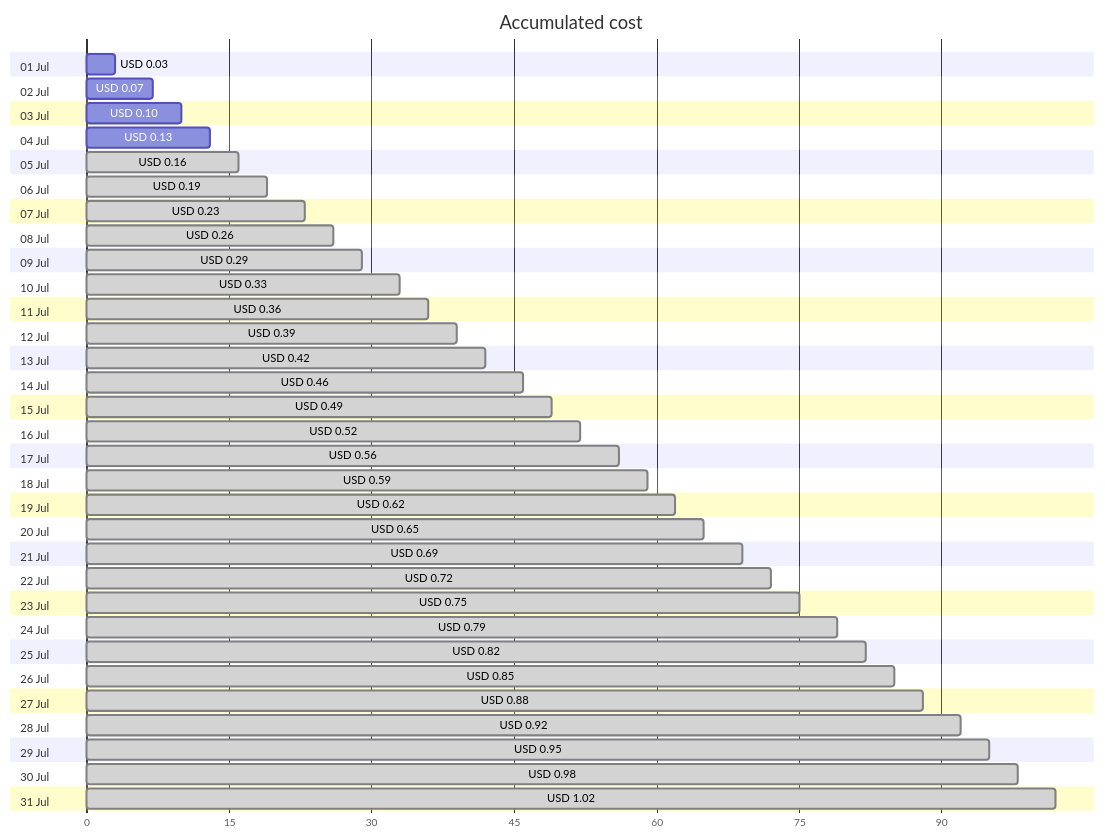
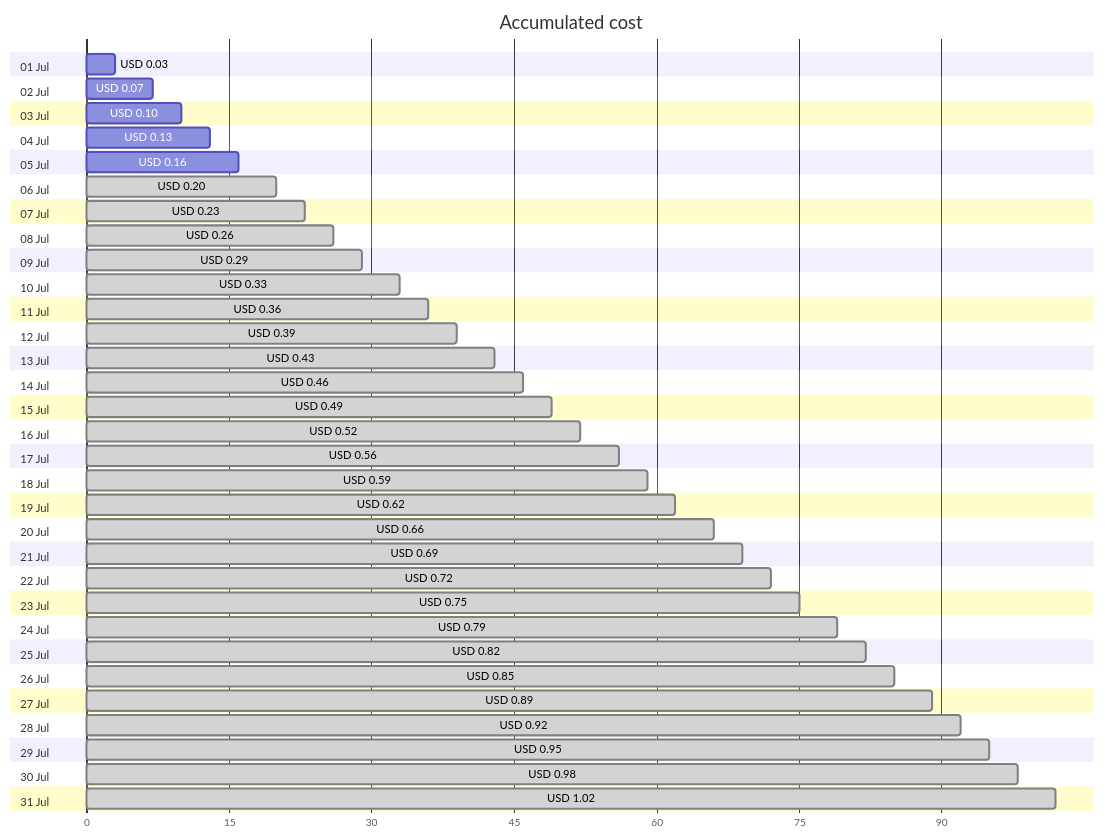
One commit to jpfulton/azure-personal-reports changed the first of 4 diagrams in cost-reports/personal-dns/README.md. Above: the diagram before and after it, drawn with Mermaid. The commit also changed other lines of this file and 2 other files, not shown here.

````diff
--- a/cost-reports/personal-dns/README.md
+++ b/cost-reports/personal-dns/README.md
@@ -20,68 +20,68 @@
 ```mermaid
 gantt
    title Accumulated cost
    dateFormat  X
    axisFormat %s
    section 01 Jul
    USD 0.03 :0, 3
    section 02 Jul
    USD 0.07 :0, 7
    section 03 Jul
    USD 0.10 :0, 10
    section 04 Jul
    USD 0.13 :0, 13
    section 05 Jul
-   USD 0.16 : done, 0, 16
+   USD 0.16 :0, 16
    section 06 Jul
-   USD 0.19 : done, 0, 19
+   USD 0.20 : done, 0, 20
    section 07 Jul
    USD 0.23 : done, 0, 23
    section 08 Jul
    USD 0.26 : done, 0, 26
    section 09 Jul
    USD 0.29 : done, 0, 29
    section 10 Jul
    USD 0.33 : done, 0, 33
    section 11 Jul
    USD 0.36 : done, 0, 36
    section 12 Jul
    USD 0.39 : done, 0, 39
    section 13 Jul
-   USD 0.42 : done, 0, 42
+   USD 0.43 : done, 0, 43
    section 14 Jul
    USD 0.46 : done, 0, 46
    section 15 Jul
    USD 0.49 : done, 0, 49
    section 16 Jul
    USD 0.52 : done, 0, 52
    section 17 Jul
    USD 0.56 : done, 0, 56
    section 18 Jul
    USD 0.59 : done, 0, 59
    section 19 Jul
    USD 0.62 : done, 0, 62
    section 20 Jul
-   USD 0.65 : done, 0, 65
+   USD 0.66 : done, 0, 66
    section 21 Jul
    USD 0.69 : done, 0, 69
    section 22 Jul
    USD 0.72 : done, 0, 72
    section 23 Jul
    USD 0.75 : done, 0, 75
    section 24 Jul
    USD 0.79 : done, 0, 79
    section 25 Jul
    USD 0.82 : done, 0, 82
    section 26 Jul
    USD 0.85 : done, 0, 85
    section 27 Jul
-   USD 0.88 : done, 0, 88
+   USD 0.89 : done, 0, 89
    section 28 Jul
    USD 0.92 : done, 0, 92
    section 29 Jul
    USD 0.95 : done, 0, 95
    section 30 Jul
    USD 0.98 : done, 0, 98
    section 31 Jul
    USD 1.02 : done, 0, 102
 ```
````
